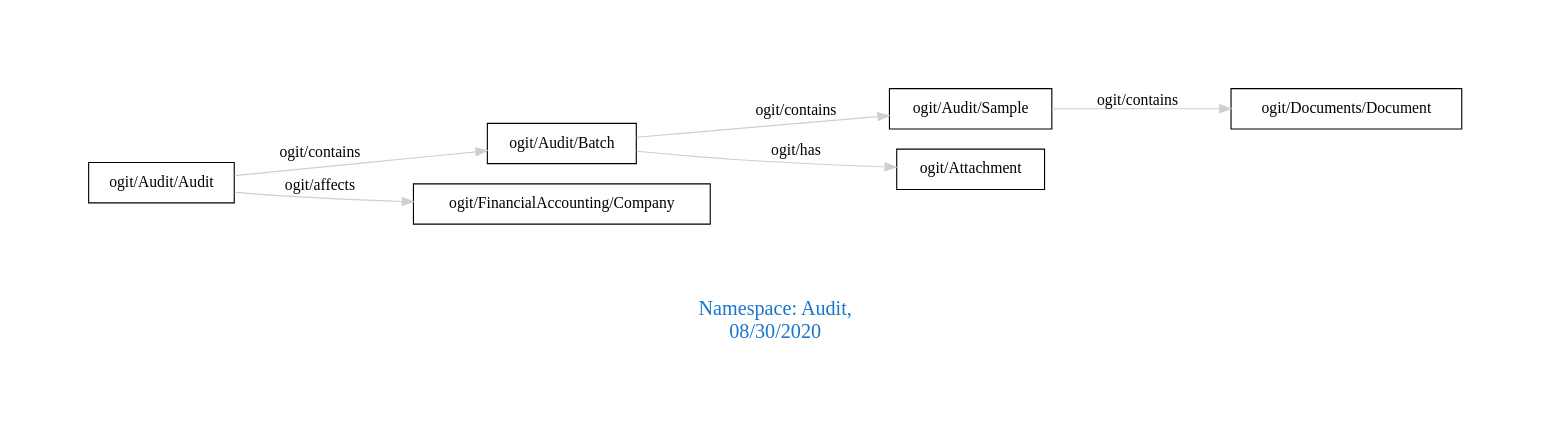
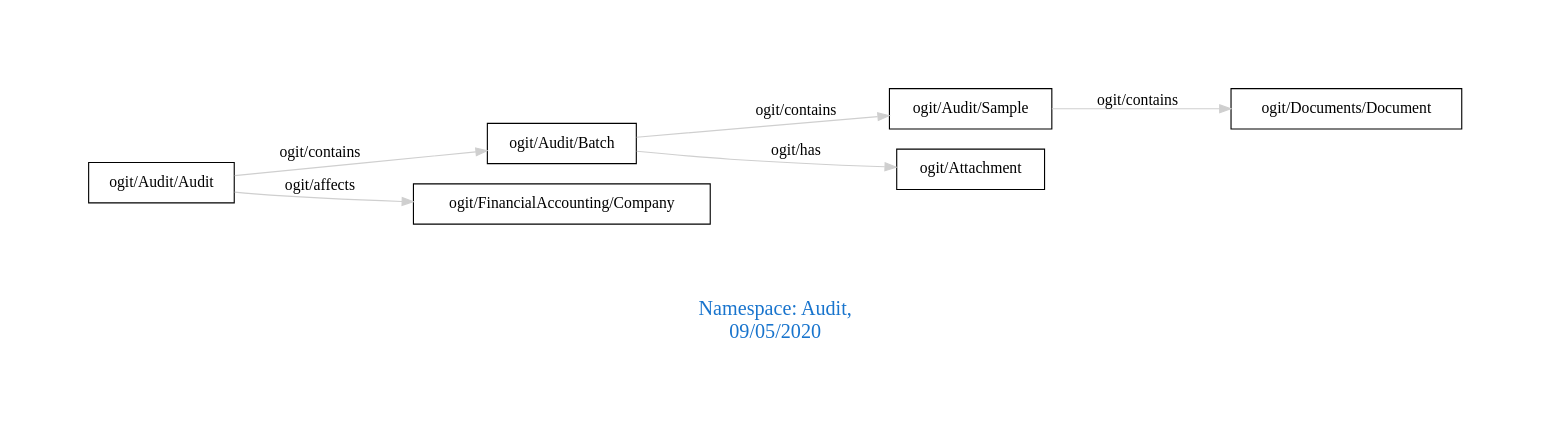
Before and after one commit to arago/OGIT: the diagram in downloads/Audit.dot, drawn with Graphviz. The commit also changed 1821 other files, not shown here.

```diff
--- a/downloads/Audit.dot
+++ b/downloads/Audit.dot
@@ -1,13 +1,13 @@
 digraph OGIT_ontology {
  graph [ rankdir= LR,pad=1 
 fontsize = 18,
-fontcolor= dodgerblue3,label = "\n\n\nNamespace: Audit, \n 08/30/2020"];
+fontcolor= dodgerblue3,label = "\n\n\nNamespace: Audit, \n 09/05/2020"];
 node[shape=polygon];
 edge [  color="gray81"];
 
    "ogit/Audit/Audit" -> "ogit/Audit/Batch" [label="   ogit/contains    "];
    "ogit/Audit/Batch" -> "ogit/Audit/Sample" [label="   ogit/contains    "];
    "ogit/Audit/Sample" -> "ogit/Documents/Document" [label="   ogit/contains    "];
    "ogit/Audit/Audit" -> "ogit/FinancialAccounting/Company" [label="   ogit/affects    "];
    "ogit/Audit/Batch" -> "ogit/Attachment" [label="   ogit/has    "];
 }
```
